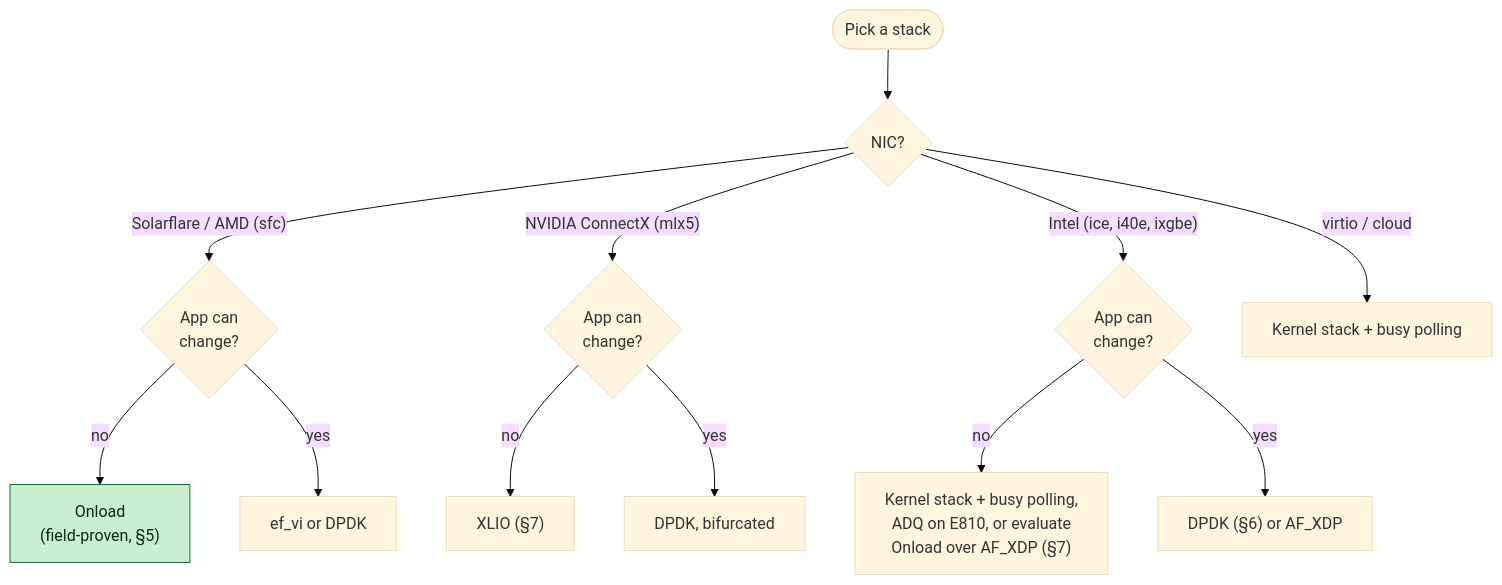
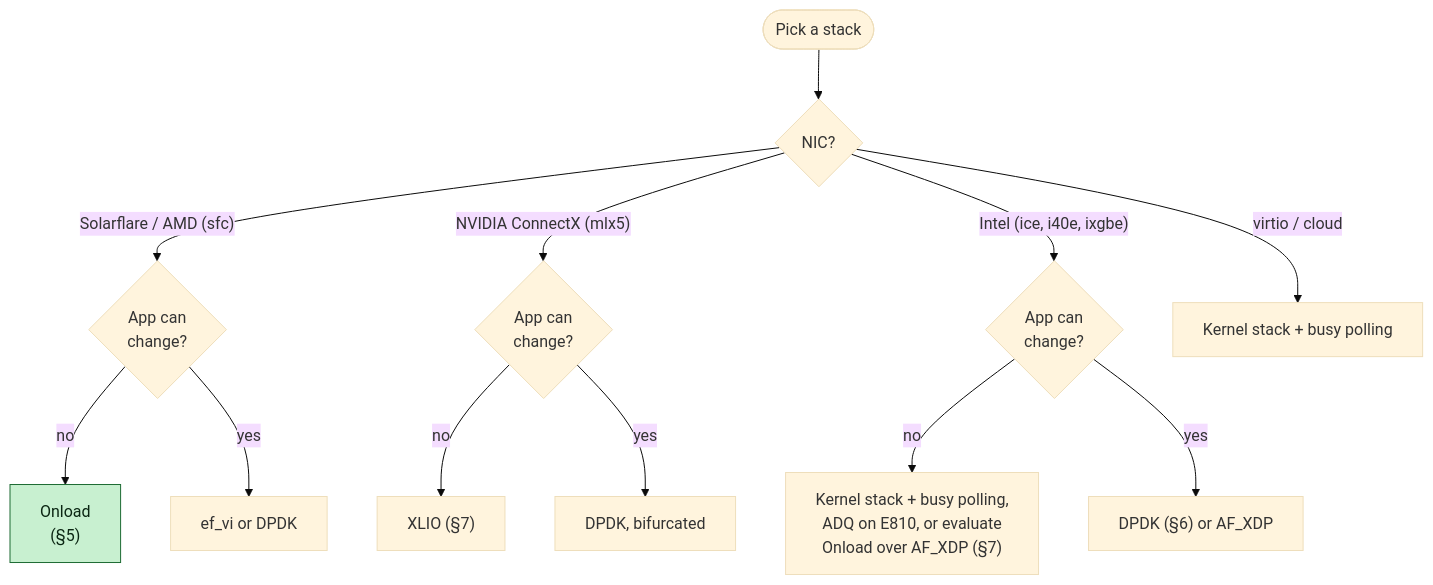
One commit to vitor-tadashi/mechanical-sympathy changed the third of 4 diagrams in guides/08-kernel-bypass.md. Above: the diagram before and after it, drawn with Mermaid (base theme). The commit also changed other lines of this file and 38 other files, not shown here.

````diff
--- a/guides/08-kernel-bypass.md
+++ b/guides/08-kernel-bypass.md
@@ -85,16 +85,16 @@
 ```mermaid
 flowchart TD
   s(["Pick a stack"]) --> c{"NIC?"}
   c -- "Solarflare / AMD (sfc)" --> sa{"App can<br/>change?"}
-  sa -- "no" --> on["Onload<br/>(field-proven, §5)"]
+  sa -- "no" --> on["Onload<br/>(§5)"]
   sa -- "yes" --> ef["ef_vi or DPDK"]
   c -- "NVIDIA ConnectX (mlx5)" --> na{"App can<br/>change?"}
   na -- "no" --> xl["XLIO (§7)"]
   na -- "yes" --> dm["DPDK, bifurcated"]
   c -- "Intel (ice, i40e, ixgbe)" --> ia{"App can<br/>change?"}
   ia -- "no" --> bp["Kernel stack + busy polling,<br/>ADQ on E810, or evaluate<br/>Onload over AF_XDP (§7)"]
   ia -- "yes" --> dp["DPDK (§6) or AF_XDP"]
   c -- "virtio / cloud" --> vb["Kernel stack + busy polling"]
   classDef iso fill:#c8f0d0,stroke:#1d6b33,color:#0b2613
   class on iso
 ```
````
